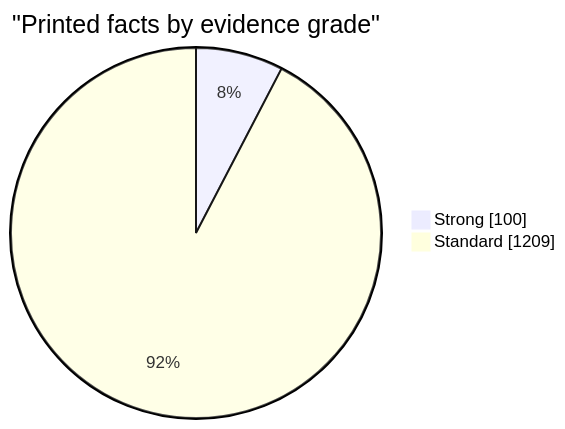
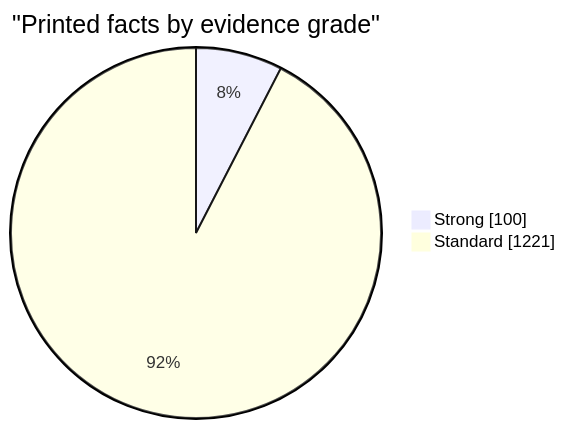
The first of 5 diagrams in docs/evidence.md (EU27-data-sovereignty/eu27-data-sovereignty), drawn with Mermaid before and after one commit. The commit also changed other lines of this file and 100 other files, not shown here.

````diff
--- a/docs/evidence.md
+++ b/docs/evidence.md
@@ -18,6 +18,6 @@
 ```mermaid
 pie showData
   title "Printed facts by evidence grade"
   "Strong" : 100
-  "Standard" : 1209
+  "Standard" : 1221
 ```
````
